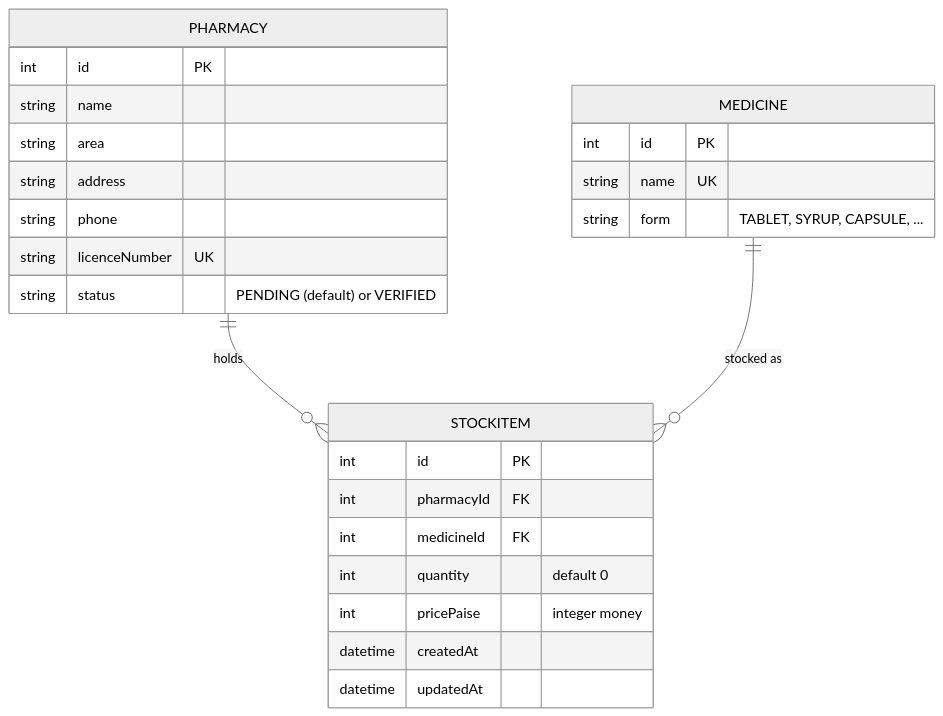
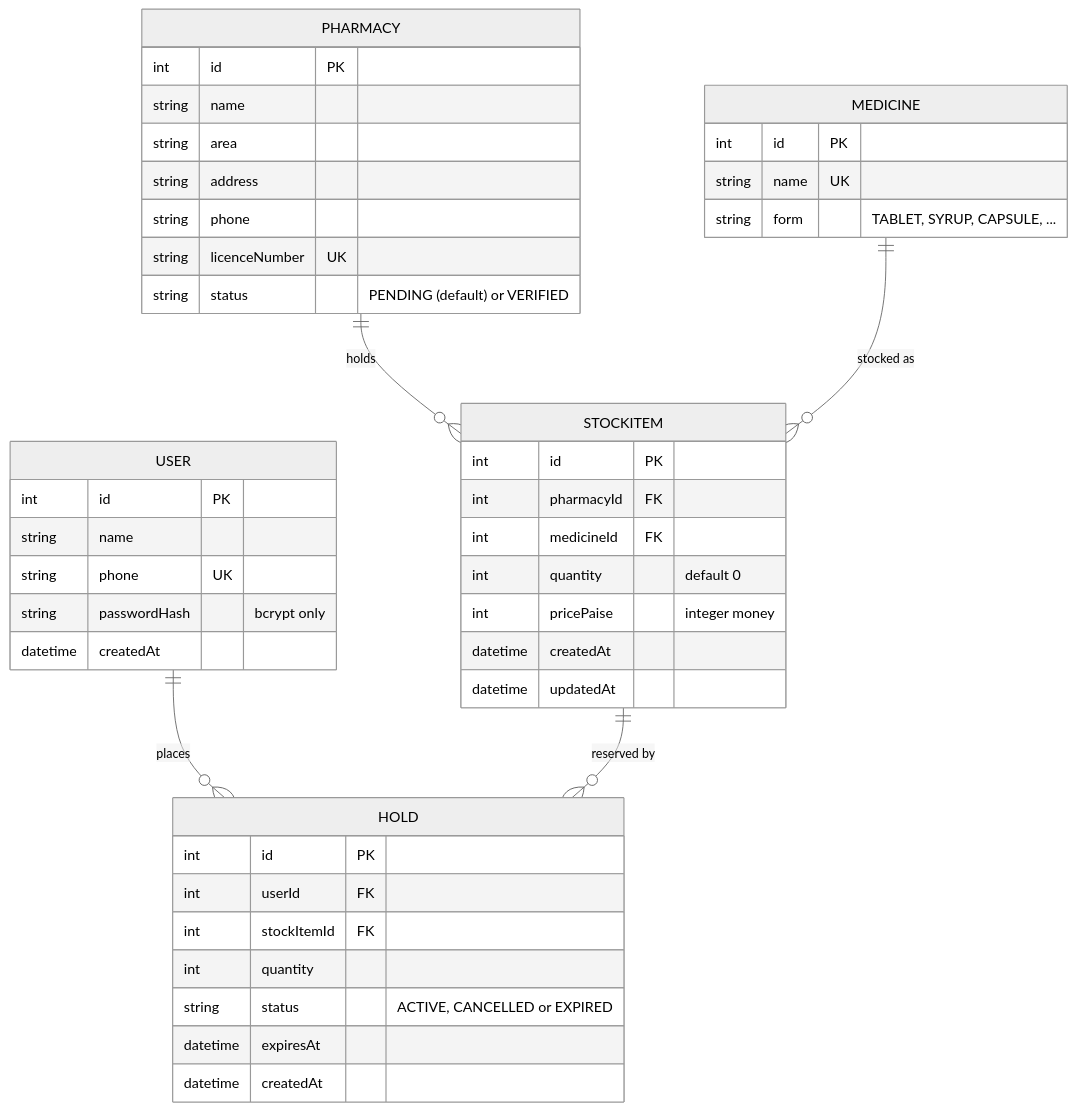
The third of 3 diagrams in README.md (vishalkbladerunner-create/velora_AP_2026), drawn with Mermaid (neutral theme) before and after one commit. The commit also changed other lines of this file and 24 other files, not shown here.

````diff
--- a/README.md
+++ b/README.md
@@ -115,29 +117,47 @@
 ```mermaid
 erDiagram
     PHARMACY ||--o{ STOCKITEM : holds
     MEDICINE ||--o{ STOCKITEM : "stocked as"
+    USER ||--o{ HOLD : places
+    STOCKITEM ||--o{ HOLD : "reserved by"
 
     MEDICINE {
         int id PK
         string name UK
         string form "TABLET, SYRUP, CAPSULE, ..."
     }
     PHARMACY {
         int id PK
         string name
         string area
         string address
         string phone
         string licenceNumber UK
         string status "PENDING (default) or VERIFIED"
     }
     STOCKITEM {
         int id PK
         int pharmacyId FK
         int medicineId FK
         int quantity "default 0"
         int pricePaise "integer money"
         datetime createdAt
         datetime updatedAt
     }
+    USER {
+        int id PK
+        string name
+        string phone UK
+        string passwordHash "bcrypt only"
+        datetime createdAt
+    }
+    HOLD {
+        int id PK
+        int userId FK
+        int stockItemId FK
+        int quantity
+        string status "ACTIVE, CANCELLED or EXPIRED"
+        datetime expiresAt
+        datetime createdAt
+    }
 ```
````
